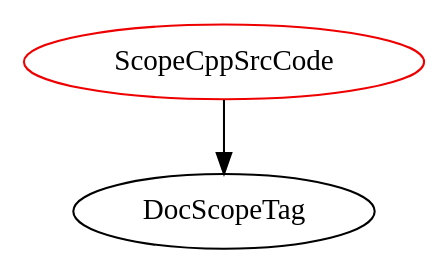
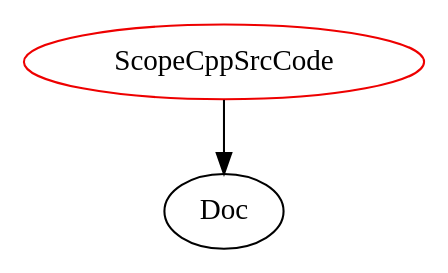
Before and after one commit to BilalM04/Drasil: the diagram in analysis/TypeDependencyGraphs/gool/ScopeCppSrcCode.dot, drawn with Graphviz. The commit also changed 1160 other files, not shown here.

```diff
--- a/analysis/TypeDependencyGraphs/gool/ScopeCppSrcCode.dot
+++ b/analysis/TypeDependencyGraphs/gool/ScopeCppSrcCode.dot
@@ -1,4 +1,4 @@
 digraph scopecppsrccode{
 ScopeCppSrcCode	[shape=oval, color=red2, label="ScopeCppSrcCode"];
-ScopeCppSrcCode -> DocScopeTag;
+ScopeCppSrcCode -> Doc;
 }
```
